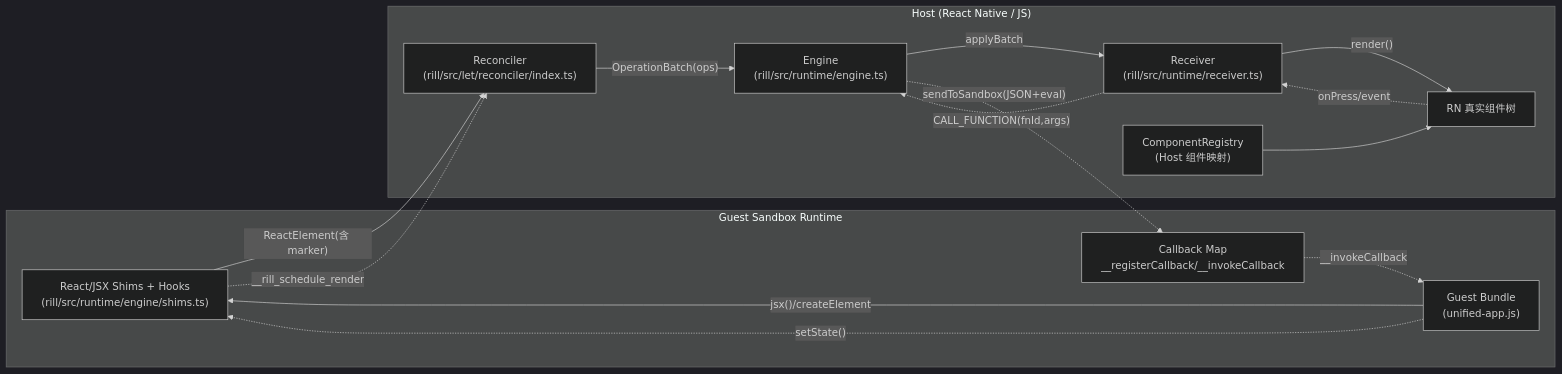
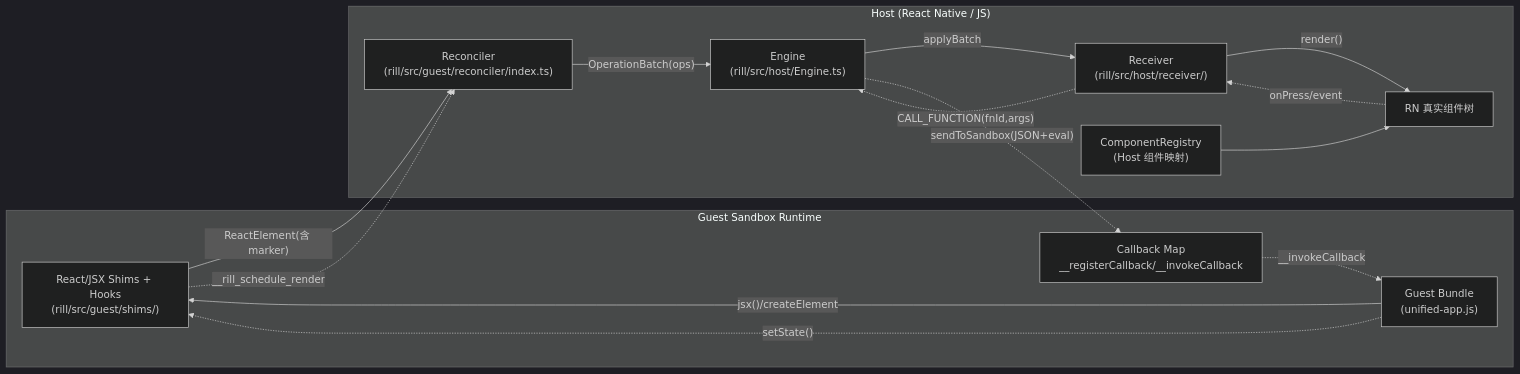
Before and after one commit to GoAskAway/rill: the first of 7 diagrams in docs/internals/GUEST_HOST_INTERACTION.zh.md, drawn with Mermaid (dark theme). The commit also changed other lines of this file and 24 other files, not shown here.

````diff
--- a/docs/internals/GUEST_HOST_INTERACTION.zh.md
+++ b/docs/internals/GUEST_HOST_INTERACTION.zh.md
@@ -75,30 +75,30 @@
 ```mermaid
 flowchart LR
   subgraph Sandbox["Guest Sandbox Runtime"]
-    Shims["React/JSX Shims + Hooks<br/>(rill/src/runtime/engine/shims.ts)"]
+    Shims["React/JSX Shims + Hooks<br/>(rill/src/guest/shims/)"]
     Guest["Guest Bundle<br/>(unified-app.js)"]
     CB["Callback Map<br/>__registerCallback/__invokeCallback"]
   end
 
   subgraph Host["Host (React Native / JS)"]
-    Engine["Engine<br/>(rill/src/runtime/engine.ts)"]
-    Rec["Reconciler<br/>(rill/src/let/reconciler/index.ts)"]
-    Rcv["Receiver<br/>(rill/src/runtime/receiver.ts)"]
+    Engine["Engine<br/>(rill/src/host/Engine.ts)"]
+    Rec["Reconciler<br/>(rill/src/guest/reconciler/index.ts)"]
+    Rcv["Receiver<br/>(rill/src/host/receiver/)"]
     Reg["ComponentRegistry<br/>(Host 组件映射)"]
     RNTree["RN 真实组件树"]
   end
 
   Guest -->|"jsx()/createElement"| Shims
   Shims -->|"ReactElement(含 marker)"| Rec
   Rec -->|"OperationBatch(ops)"| Engine
   Engine -->|applyBatch| Rcv
   Rcv -->|"render()"| RNTree
   Reg --> RNTree
 
   RNTree -."onPress/event".-> Rcv
   Rcv -."CALL_FUNCTION(fnId,args)".-> Engine
   Engine -."sendToSandbox(JSON+eval)".-> CB
   CB -."__invokeCallback".-> Guest
   Guest -."setState()".-> Shims
   Shims -."__rill_schedule_render".-> Rec
 ```
````
